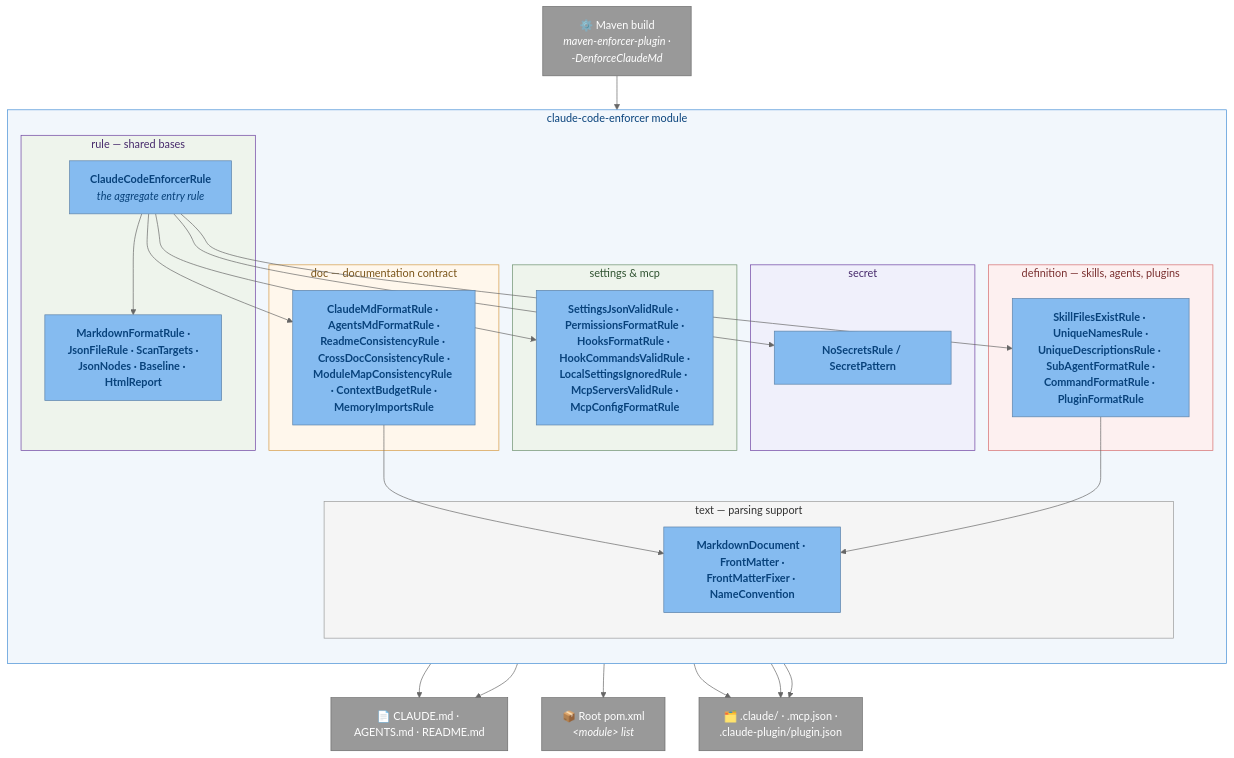
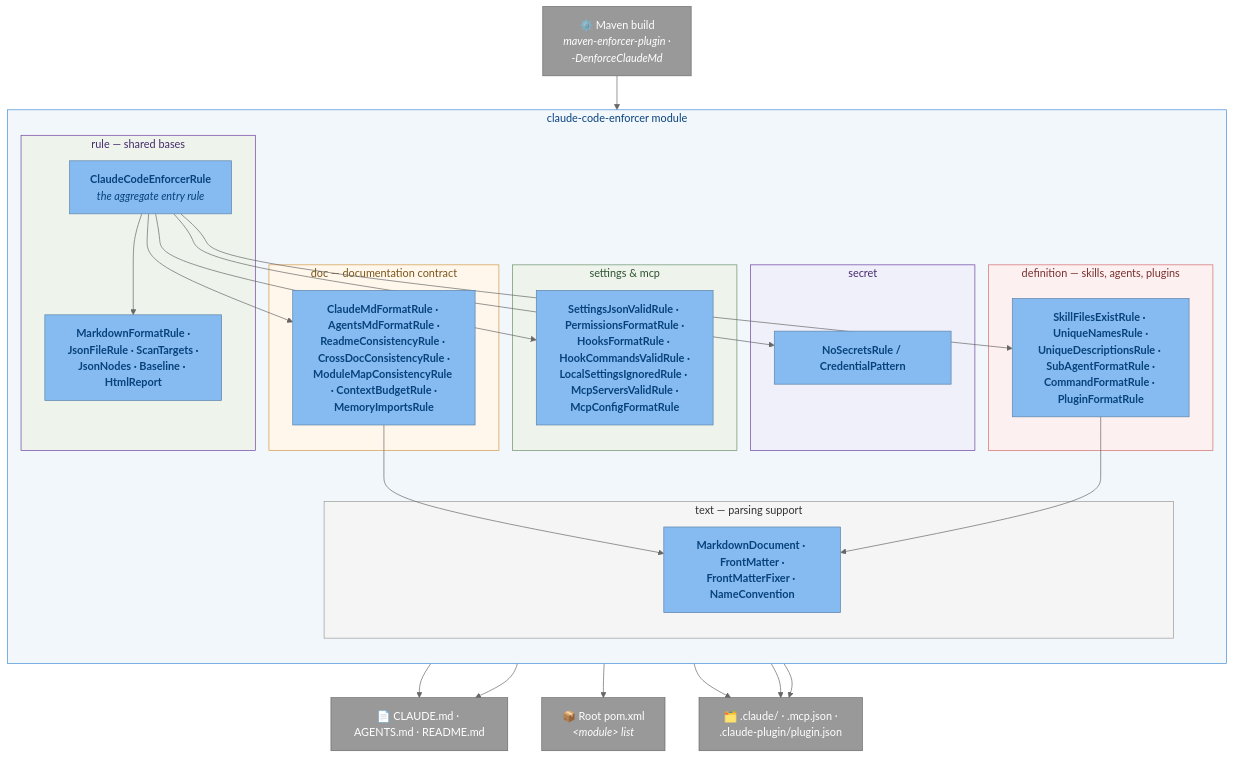
Before and after one commit to adamw7/tools: the seventh of 10 diagrams in docs/c4-architecture.md, drawn with Mermaid (neutral theme). The commit also changed 16 other files, not shown here.

````diff
--- a/docs/c4-architecture.md
+++ b/docs/c4-architecture.md
@@ -517,64 +517,64 @@
 ```mermaid
 flowchart TB
     build["⚙️ Maven build<br/><i>maven-enforcer-plugin ·<br/>-DenforceClaudeMd</i>"]
 
     subgraph enforcer ["claude-code-enforcer module"]
         direction TB
 
         subgraph base ["rule — shared bases"]
             entry["<b>ClaudeCodeEnforcerRule</b><br/><i>the aggregate entry rule</i>"]
             bases["<b>MarkdownFormatRule ·<br/>JsonFileRule · ScanTargets ·<br/>JsonNodes · Baseline · HtmlReport</b>"]
         end
 
         subgraph docRules ["doc — documentation contract"]
             docs["<b>ClaudeMdFormatRule · AgentsMdFormatRule ·<br/>ReadmeConsistencyRule · CrossDocConsistencyRule ·<br/>ModuleMapConsistencyRule · ContextBudgetRule ·<br/>MemoryImportsRule</b>"]
         end
 
         subgraph defRules ["definition — skills, agents, plugins"]
             defs["<b>SkillFilesExistRule · UniqueNamesRule ·<br/>UniqueDescriptionsRule · SubAgentFormatRule ·<br/>CommandFormatRule · PluginFormatRule</b>"]
         end
 
         subgraph setRules ["settings &amp; mcp"]
             sets["<b>SettingsJsonValidRule · PermissionsFormatRule ·<br/>HooksFormatRule · HookCommandsValidRule ·<br/>LocalSettingsIgnoredRule · McpServersValidRule ·<br/>McpConfigFormatRule</b>"]
         end
 
         subgraph secRules ["secret"]
-            secrets["<b>NoSecretsRule / SecretPattern</b>"]
+            secrets["<b>NoSecretsRule / CredentialPattern</b>"]
         end
 
         subgraph textSupport ["text — parsing support"]
             text["<b>MarkdownDocument · FrontMatter ·<br/>FrontMatterFixer · NameConvention</b>"]
         end
     end
 
     docsFiles["📄 CLAUDE.md · AGENTS.md · README.md"]
     config["🗂️ .claude/ · .mcp.json ·<br/>.claude-plugin/plugin.json"]
     pom["📦 Root pom.xml<br/><i>&lt;module&gt; list</i>"]
 
     build --> entry
     entry --> bases
     entry --> docs
     entry --> defs
     entry --> sets
     entry --> secrets
     docs --> text
     defs --> text
     docs --> docsFiles
     docs --> pom
     defs --> config
     sets --> config
     secrets --> config
     secrets --> docsFiles
 
     classDef comp fill:#85bbf0,stroke:#5d82a8,color:#08427b
     classDef ext fill:#999999,stroke:#6b6b6b,color:#fff
     class entry,bases,docs,defs,sets,secrets,text comp
     class build,docsFiles,config,pom ext
     style enforcer fill:#f2f7fc,stroke:#438dd5,color:#08427b
     style base fill:#eef4ec,stroke:#6b3fa0,color:#46296b
     style docRules fill:#fff7ec,stroke:#d59a43,color:#7a5418
     style defRules fill:#fdf0f0,stroke:#d56b6b,color:#7a3030
     style setRules fill:#eef4ec,stroke:#6b8e6b,color:#2f5230
     style secRules fill:#f0f0fb,stroke:#6b3fa0,color:#46296b
     style textSupport fill:#f5f5f5,stroke:#999999,color:#333333
 ```
````
